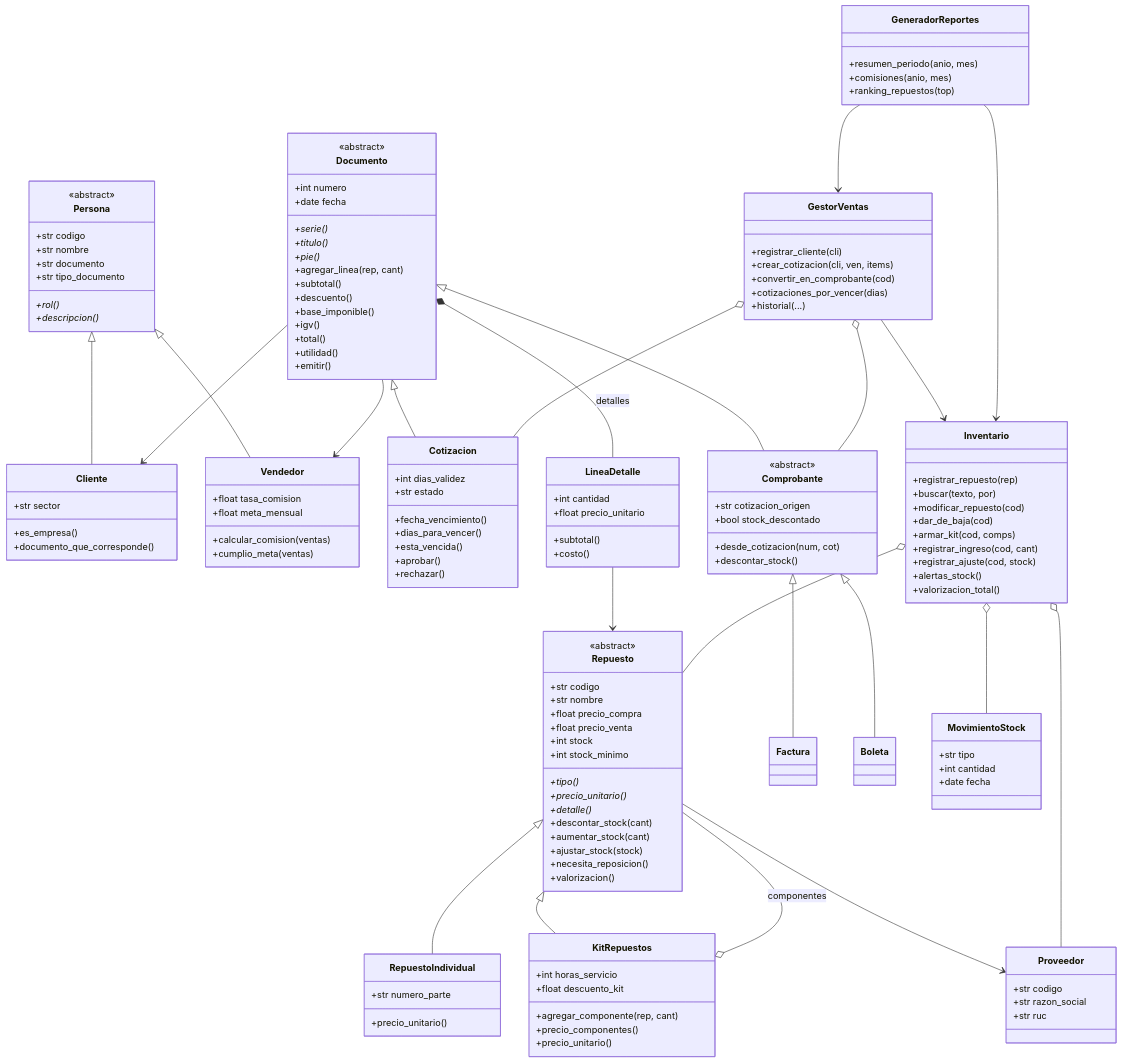
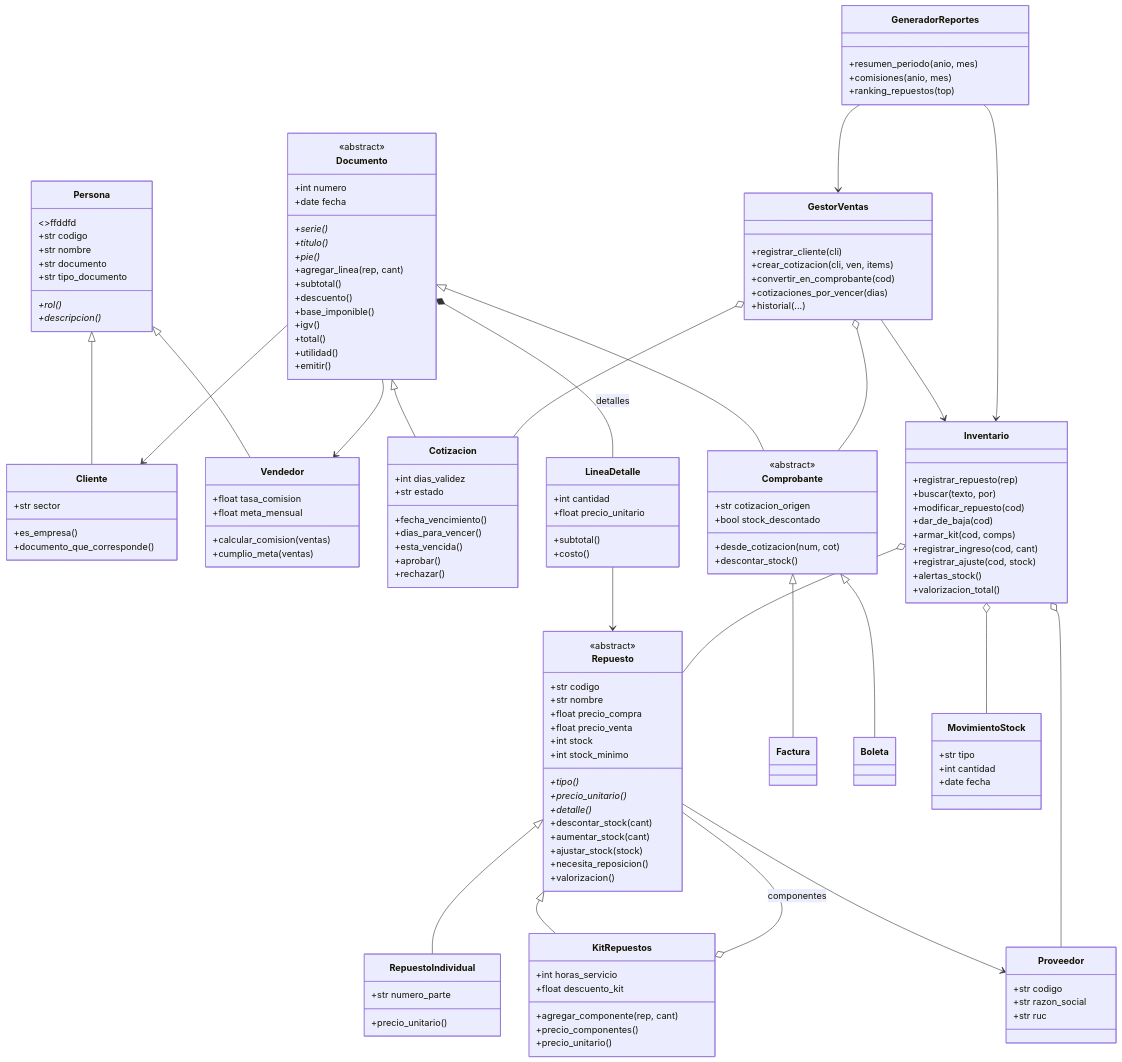
One commit to willy6711s/fp2-inventario-ventas-grupo2 changed the first of 2 diagrams in docs/diagrama_clases.md. Above: the diagram before and after it, drawn with Mermaid.

Commit message:
Fix abstract class notation in class diagram
fdfd

````diff
--- a/docs/diagrama_clases.md
+++ b/docs/diagrama_clases.md
@@ -5,7 +5,7 @@
 ```mermaid
 classDiagram
     class Persona {
-        <<abstract>>
+        <<abstract>>ffddfd
         +str codigo
         +str nombre
         +str documento
````
